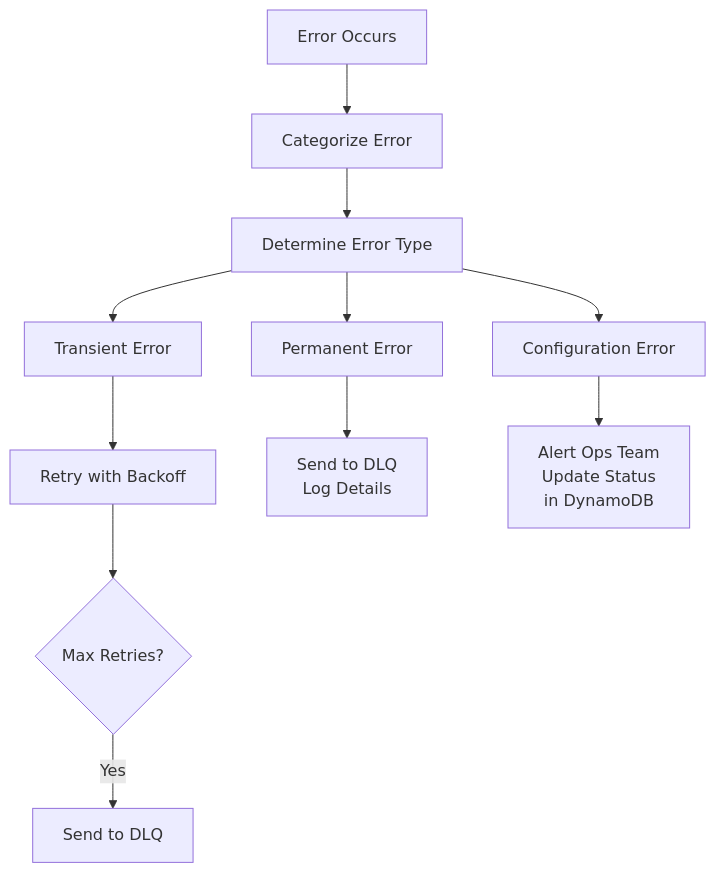
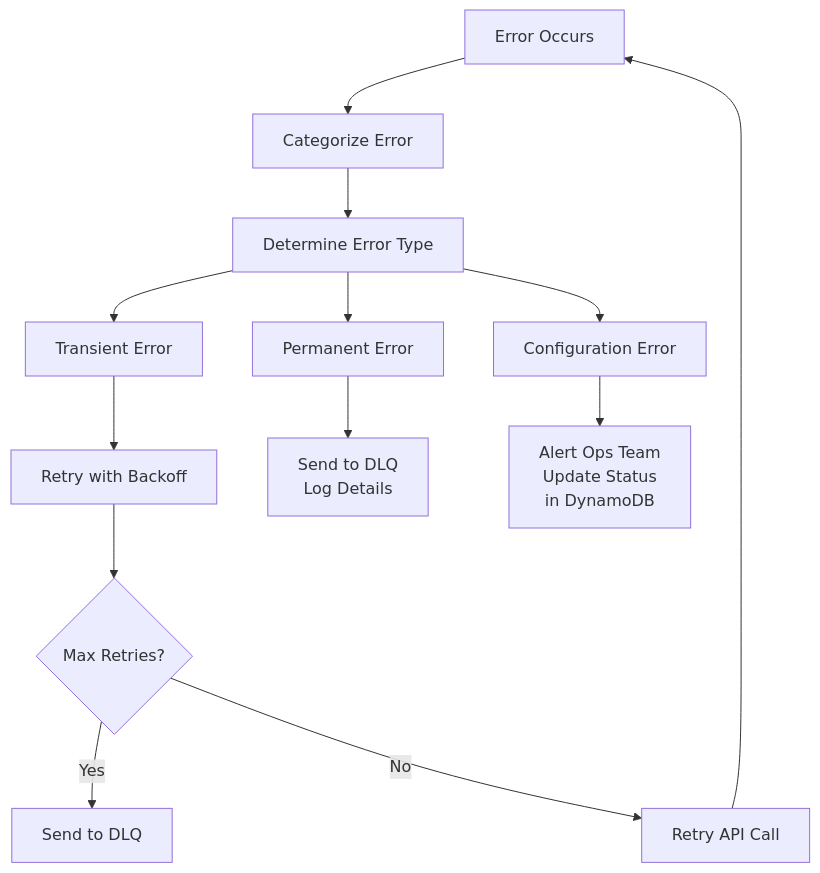
The seventh of 15 diagrams in lld/processing-engines/whatsapp/wa-processing-engine-diagrams-v1.0.md (junksamiad/template-sender-engine), drawn with Mermaid before and after one commit. The commit also changed other lines of this file, not shown here.

Commit message:
Fix Mermaid diagram rendering issues in WhatsApp Processing Engine diagrams

````diff
--- a/lld/processing-engines/whatsapp/wa-processing-engine-diagrams-v1.0.md
+++ b/lld/processing-engines/whatsapp/wa-processing-engine-diagrams-v1.0.md
@@ -96,16 +96,18 @@
 ```mermaid
 flowchart TD
-    EO[Error Occurs] --> CE[Categorize Error]
-    CE --> DET[Determine Error Type]
+    EO["Error Occurs"] --> CE["Categorize Error"]
+    CE --> DET["Determine Error Type"]
     
-    DET --> TE[Transient Error]
-    DET --> PE[Permanent Error]
-    DET --> CE1[Configuration Error]
+    DET --> TE["Transient Error"]
+    DET --> PE["Permanent Error"]
+    DET --> CE1["Configuration Error"]
     
-    TE --> RWB[Retry with Backoff]
-    PE --> SD[Send to DLQ\nLog Details]
-    CE1 --> AOT[Alert Ops Team\nUpdate Status\nin DynamoDB]
+    TE --> RWB["Retry with Backoff"]
+    PE --> SD["Send to DLQ<br>Log Details"]
+    CE1 --> AOT["Alert Ops Team<br>Update Status<br>in DynamoDB"]
     
-    RWB --> MR{Max Retries?}
-    MR -->|Yes| SD2[Send to DLQ]
+    RWB --> MR{"Max Retries?"}
+    MR -->|Yes| SD2["Send to DLQ"]
+    MR -->|No| RAC["Retry API Call"]
+    RAC --> EO
 ```
````
